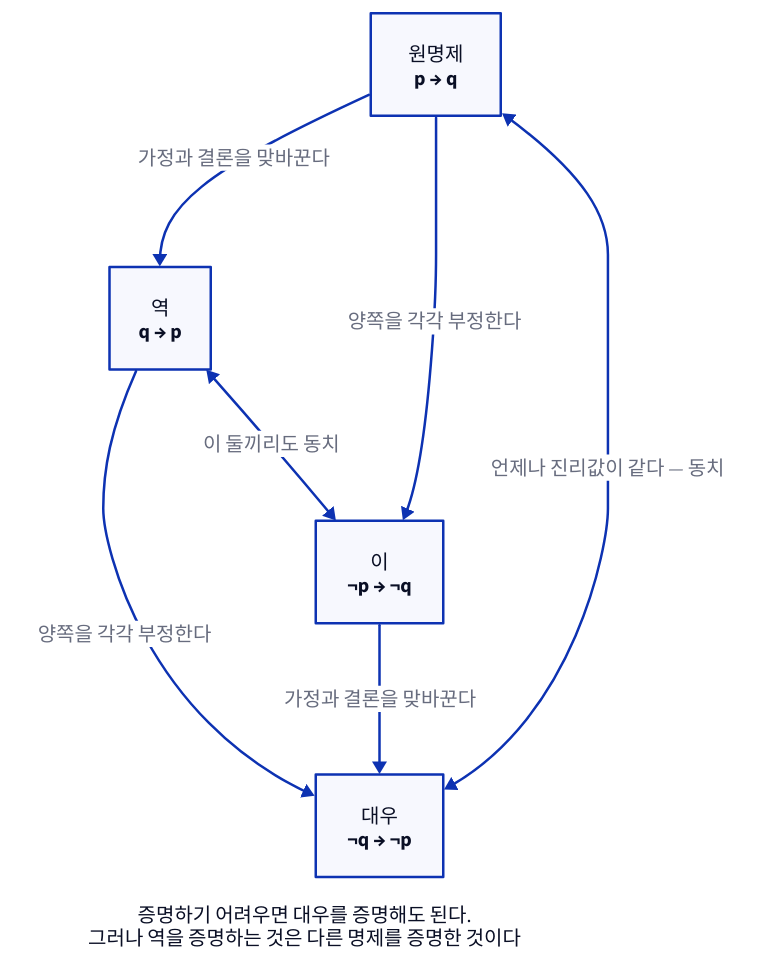
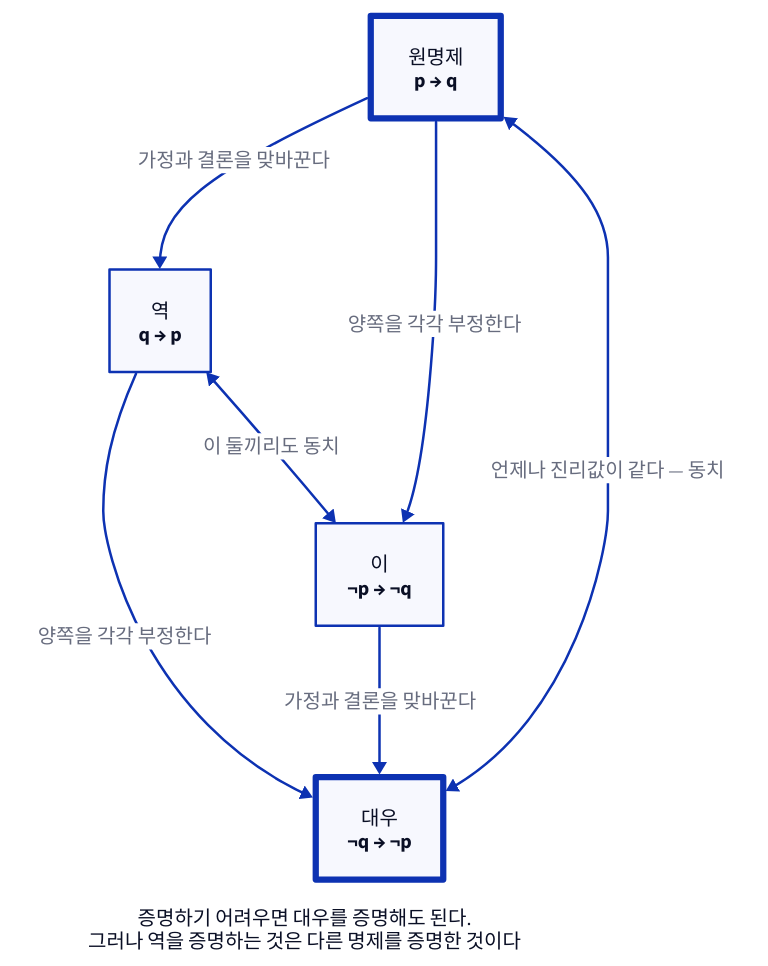
Before and after one commit to Dong-gi/Dong-gi.github.io: the diagram in d2/mathematics/math-log-converse.d2, drawn with D2. The commit also changed 369 other files, not shown here.

```diff
--- a/d2/mathematics/math-log-converse.d2
+++ b/d2/mathematics/math-log-converse.d2
@@ -1,27 +1,29 @@
 # 원명제와 역·이·대우 — 3장(명제).
 #
 # 무엇을 읽어야 하나: 굵은 두 상자(원명제와 대우)는 언제나 진리값이 같다.
 # 가는 두 상자(역과 이)끼리도 서로 같다. 그러나 굵은 쪽과 가는 쪽 사이에는
 # 아무 관계가 없다. 원명제가 참이어도 역은 거짓일 수 있다.
 #
 # 라벨에 아래첨자를 쓰지 않는다. D2 는 첨자를 지원하지 않아 밑줄이 그대로 보인다.
 direction: down
 
-원명제: { label: "원명제\np → q"; style.bold: true }
-대우:   { label: "대우\n¬q → ¬p"; style.bold: true }
+# style.bold 는 글자만 굵게 하는데 d2 는 상자 글자를 원래 굵게 쓰므로 티가 안 난다.
+# 캡션이 '굵은 두 상자' 를 가리키므로 테두리를 굵게 한다
+원명제: { label: "원명제\np → q"; style.bold: true; style.stroke-width: 5 }
+대우:   { label: "대우\n¬q → ¬p"; style.bold: true; style.stroke-width: 5 }
 역:     { label: "역\nq → p" }
 이:     { label: "이\n¬p → ¬q" }
 
 원명제 -> 역: "가정과 결론을 맞바꾼다"
 원명제 -> 이: "양쪽을 각각 부정한다"
 역 -> 대우: "양쪽을 각각 부정한다"
 이 -> 대우: "가정과 결론을 맞바꾼다"
 
 원명제 <-> 대우: "언제나 진리값이 같다 — 동치"
 역 <-> 이: "이 둘끼리도 동치"
 
 메모: {
   label: "증명하기 어려우면 대우를 증명해도 된다.\n그러나 역을 증명하는 것은 다른 명제를 증명한 것이다"
   near: bottom-center
   shape: text
 }
```
